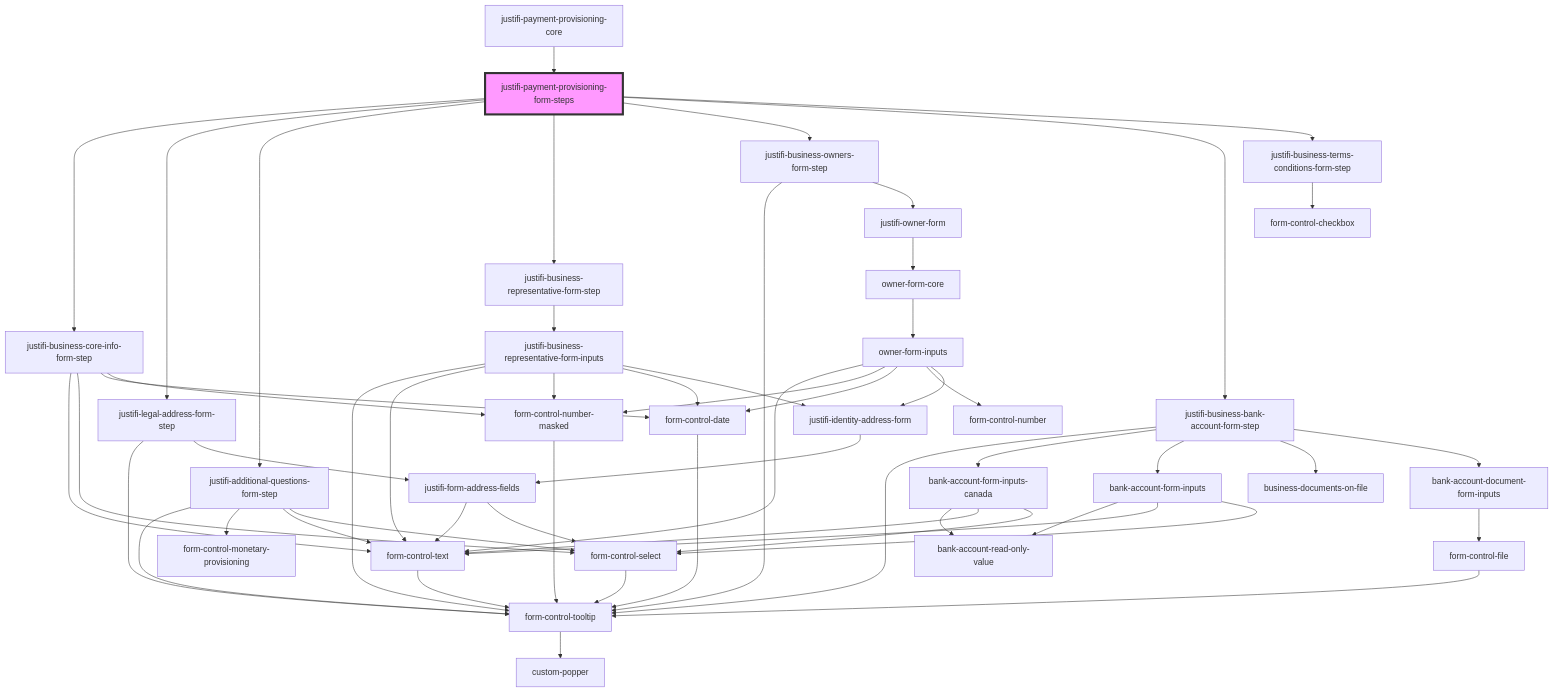
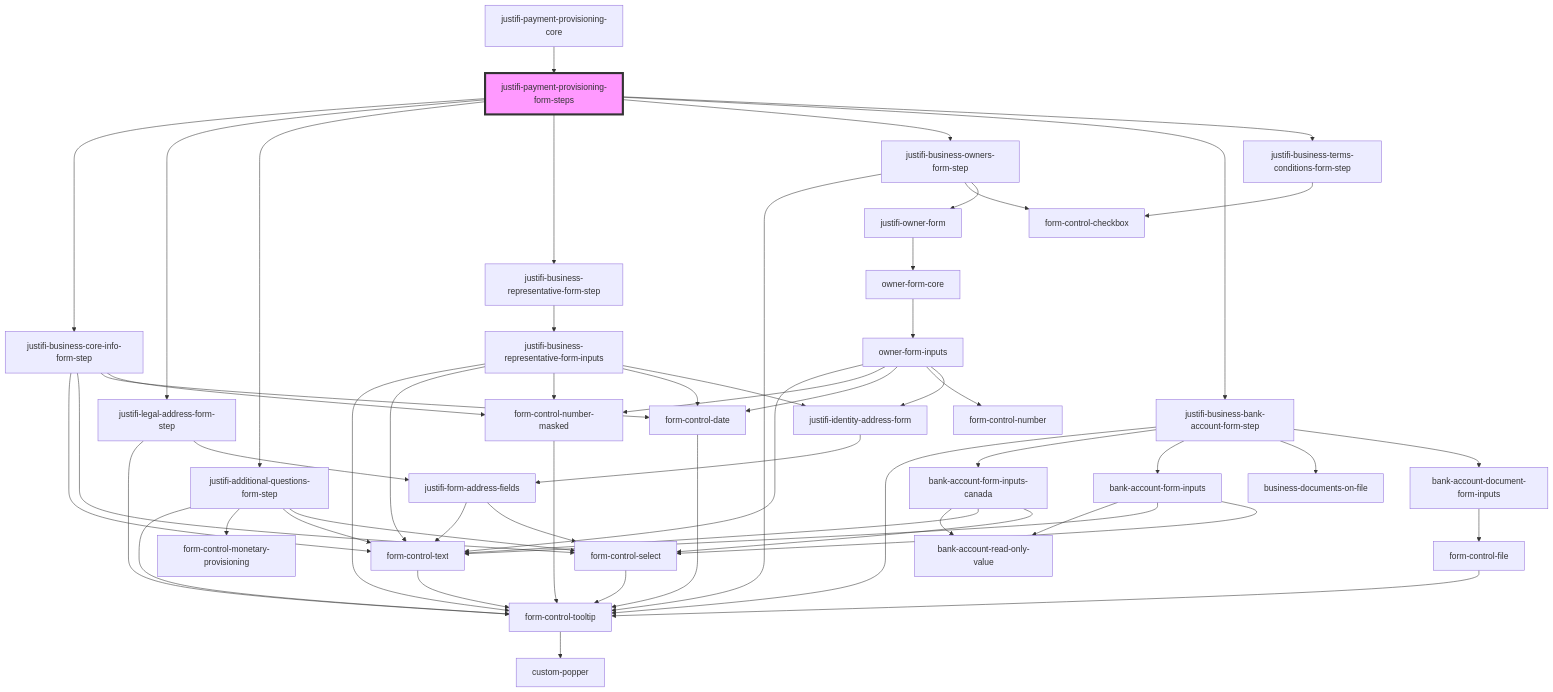
Before and after one commit to justifi-tech/web-component-library: the diagram in packages/webcomponents/src/components/business-forms/payment-provisioning/readme.md, drawn with Mermaid. The commit also changed 2 other files, not shown here.

Commit message:
Simplify handleRepresentativeIsOwnerChange function

````diff
--- a/packages/webcomponents/src/components/business-forms/payment-provisioning/readme.md
+++ b/packages/webcomponents/src/components/business-forms/payment-provisioning/readme.md
@@ -36,59 +36,60 @@
 ```mermaid
 graph TD;
   justifi-payment-provisioning-form-steps --> justifi-business-core-info-form-step
   justifi-payment-provisioning-form-steps --> justifi-legal-address-form-step
   justifi-payment-provisioning-form-steps --> justifi-additional-questions-form-step
   justifi-payment-provisioning-form-steps --> justifi-business-representative-form-step
   justifi-payment-provisioning-form-steps --> justifi-business-owners-form-step
   justifi-payment-provisioning-form-steps --> justifi-business-bank-account-form-step
   justifi-payment-provisioning-form-steps --> justifi-business-terms-conditions-form-step
   justifi-business-core-info-form-step --> form-control-text
   justifi-business-core-info-form-step --> form-control-select
   justifi-business-core-info-form-step --> form-control-date
   justifi-business-core-info-form-step --> form-control-number-masked
   form-control-text --> form-control-tooltip
   form-control-tooltip --> custom-popper
   form-control-select --> form-control-tooltip
   form-control-date --> form-control-tooltip
   form-control-number-masked --> form-control-tooltip
   justifi-legal-address-form-step --> form-control-tooltip
   justifi-legal-address-form-step --> justifi-form-address-fields
   justifi-form-address-fields --> form-control-text
   justifi-form-address-fields --> form-control-select
   justifi-additional-questions-form-step --> form-control-tooltip
   justifi-additional-questions-form-step --> form-control-monetary-provisioning
   justifi-additional-questions-form-step --> form-control-text
   justifi-additional-questions-form-step --> form-control-select
   justifi-business-representative-form-step --> justifi-business-representative-form-inputs
   justifi-business-representative-form-inputs --> form-control-tooltip
   justifi-business-representative-form-inputs --> form-control-text
   justifi-business-representative-form-inputs --> form-control-number-masked
   justifi-business-representative-form-inputs --> form-control-date
   justifi-business-representative-form-inputs --> justifi-identity-address-form
   justifi-identity-address-form --> justifi-form-address-fields
   justifi-business-owners-form-step --> form-control-tooltip
+  justifi-business-owners-form-step --> form-control-checkbox
   justifi-business-owners-form-step --> justifi-owner-form
   justifi-owner-form --> owner-form-core
   owner-form-core --> owner-form-inputs
   owner-form-inputs --> form-control-text
   owner-form-inputs --> form-control-number-masked
   owner-form-inputs --> form-control-date
   owner-form-inputs --> form-control-number
   owner-form-inputs --> justifi-identity-address-form
   justifi-business-bank-account-form-step --> form-control-tooltip
   justifi-business-bank-account-form-step --> bank-account-form-inputs-canada
   justifi-business-bank-account-form-step --> bank-account-form-inputs
   justifi-business-bank-account-form-step --> business-documents-on-file
   justifi-business-bank-account-form-step --> bank-account-document-form-inputs
   bank-account-form-inputs-canada --> bank-account-read-only-value
   bank-account-form-inputs-canada --> form-control-text
   bank-account-form-inputs-canada --> form-control-select
   bank-account-form-inputs --> bank-account-read-only-value
   bank-account-form-inputs --> form-control-text
   bank-account-form-inputs --> form-control-select
   bank-account-document-form-inputs --> form-control-file
   form-control-file --> form-control-tooltip
   justifi-business-terms-conditions-form-step --> form-control-checkbox
   justifi-payment-provisioning-core --> justifi-payment-provisioning-form-steps
   style justifi-payment-provisioning-form-steps fill:#f9f,stroke:#333,stroke-width:4px
 ```
````
